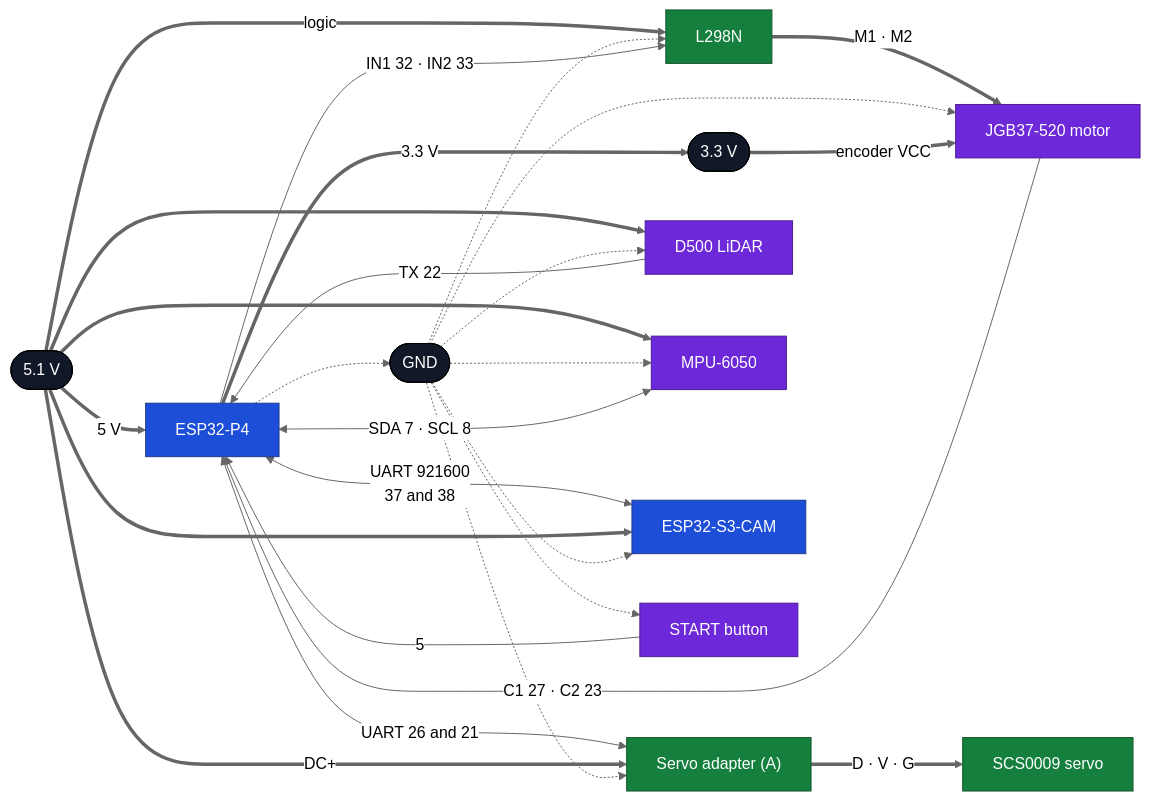
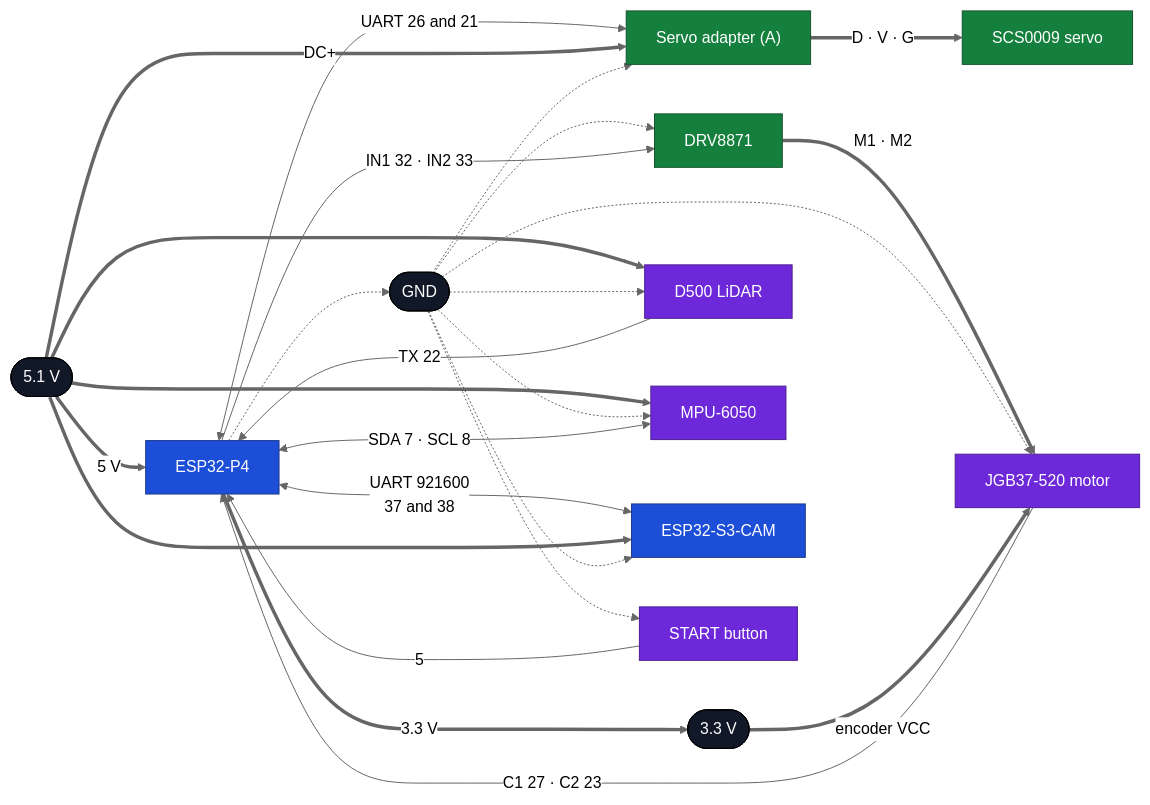
Before and after one commit to Eddym06/AutoNex: the fifth of 5 diagrams in docs/ELECTRONICS.md, drawn with Mermaid (neutral theme). The commit also changed other lines of this file, not shown here.

Commit message:
actualizacion del driver a DRV8871

````diff
--- a/docs/ELECTRONICS.md
+++ b/docs/ELECTRONICS.md
@@ -428,58 +451,57 @@
 ```mermaid
 flowchart LR
     BUS(["5.1 V"])
     V33(["3.3 V"])
     GND(["GND"])
 
     P4["ESP32-P4"]
 
-    L298["L298N"]
+    DRV["DRV8871"]
     MOT["JGB37-520 motor"]
     ADP["Servo adapter (A)"]
     SRV["SCS0009 servo"]
     LID["D500 LiDAR"]
     IMU["MPU-6050"]
     S3["ESP32-S3-CAM"]
     BTN["START button"]
 
     BUS ==>|"5 V"| P4
     P4 ==>|"3.3 V"| V33
     P4 -.-> GND
 
-    BUS ==>|"logic"| L298
-    GND -.-> L298
-    P4 -->|"IN1 32 · IN2 33"| L298
-    L298 ==>|"M1 · M2"| MOT
+    GND -.-> DRV
+    P4 -->|"IN1 32 · IN2 33"| DRV
+    DRV ==>|"M1 · M2"| MOT
     GND -.-> MOT
     V33 ==>|"encoder VCC"| MOT
     MOT -->|"C1 27 · C2 23"| P4
 
     P4 <-->|"UART 26 and 21"| ADP
     BUS ==>|"DC+"| ADP
     GND -.-> ADP
     ADP ==>|"D · V · G"| SRV
 
     LID -->|"TX 22"| P4
     BUS ==> LID
     GND -.-> LID
 
     IMU <-->|"SDA 7 · SCL 8"| P4
     BUS ==> IMU
     GND -.-> IMU
 
     P4 <-->|"UART 921600<br/>37 and 38"| S3
     BUS ==> S3
     GND -.-> S3
 
     BTN -->|"5"| P4
     GND -.-> BTN
 
     classDef rails fill:#111827,stroke:#000000,color:#ffffff
-    classDef control fill:#1d4ed8,stroke:#1e3a8a,color:#ffffff
-    classDef actuator fill:#15803d,stroke:#14532d,color:#ffffff
-    classDef sensor fill:#6d28d9,stroke:#4c1d95,color:#ffffff
+    classDef ctrl fill:#1d4ed8,stroke:#1e3a8a,color:#ffffff
+    classDef act fill:#15803d,stroke:#14532d,color:#ffffff
+    classDef sen fill:#6d28d9,stroke:#4c1d95,color:#ffffff
     class BUS,V33,GND rails
-    class P4,S3 control
-    class L298,SRV,ADP actuator
-    class MOT,LID,IMU,BTN sensor
+    class P4,S3 ctrl
+    class DRV,SRV,ADP act
+    class MOT,LID,IMU,BTN sen
 ```
````
